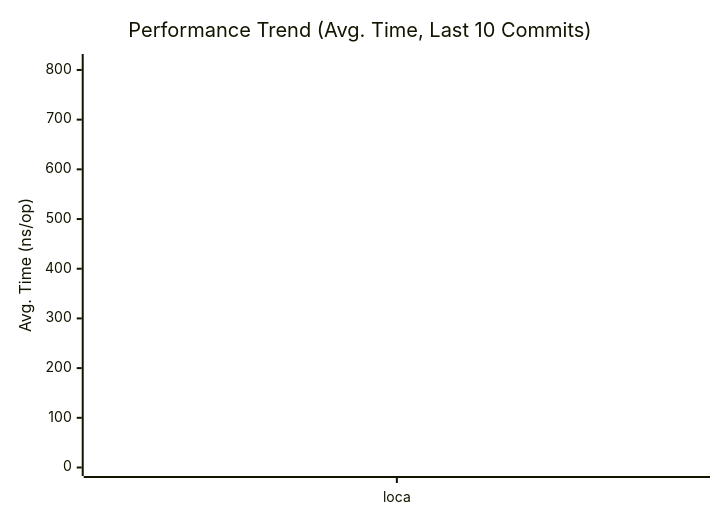
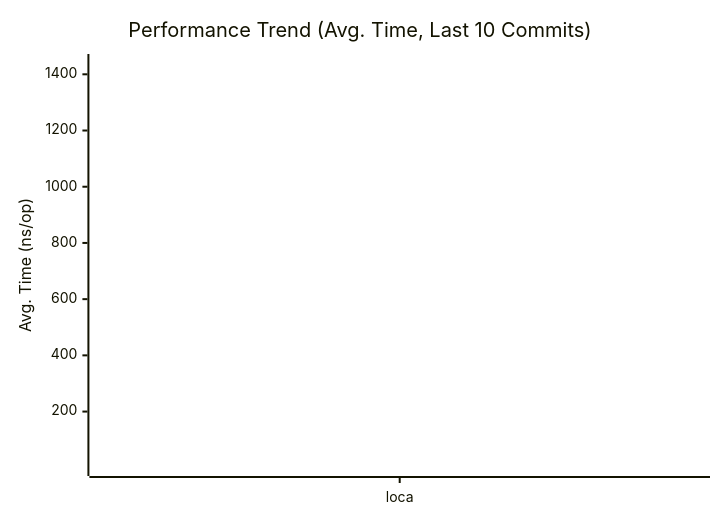
The first of 3 diagrams in docs/PERFORMANCE.md (alsotoes/momo), drawn with Mermaid before and after one commit. The commit also changed other lines of this file and 1 other file, not shown here.

````diff
--- a/docs/PERFORMANCE.md
+++ b/docs/PERFORMANCE.md
@@ -80,16 +80,16 @@
 ```mermaid
 xychart-beta
     title "Performance Trend (Avg. Time, Last 10 Commits)"
     x-axis "Commit"
     y-axis "Avg. Time (ns/op)"
     x-axis [loca]
-    line "CheckMetricsAndSwap" [7,14,7,6,6,7,9,10,9,8]
-    line "CrushOptimized" [295,618,264,255,245,263,331,366,340,356]
-    line "CrushOriginal" [426,831,362,367,368,359,470,546,445,576]
-    line "IndexDirectTracking" [0,1,0,0,0,0,0,1,0,0]
-    line "IndexSearch" [3,4,3,3,3,3,3,3,3,3]
-    line "LoadGlobalConfig" [815,1442,632,613,599,626,800,1058,808,873]
-    line "PadString" [2,3,2,2,2,2,2,2,2,2]
+    line "CheckMetricsAndSwap" [14,7,6,6,7,9,10,9,8,8]
+    line "CrushOptimized" [618,264,255,245,263,331,366,340,356,365]
+    line "CrushOriginal" [831,362,367,368,359,470,546,445,576,440]
+    line "IndexDirectTracking" [1,0,0,0,0,0,1,0,0,0]
+    line "IndexSearch" [4,3,3,3,3,3,3,3,3,3]
+    line "LoadGlobalConfig" [1442,632,613,599,626,800,1058,808,873,1044]
+    line "PadString" [3,2,2,2,2,2,2,2,2,2]
     line "ParseReplicationOrder_NoPrealloc" [350,349,357,354,345,225,229,165,232,234]
     line "ParseReplicationOrder_Prealloc" [229,231,237,234,229,108,107,80,110,109]
 ```
````
